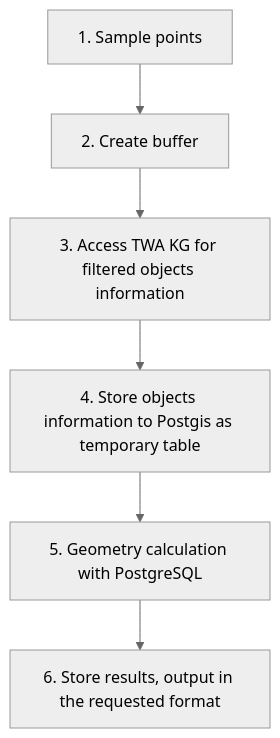
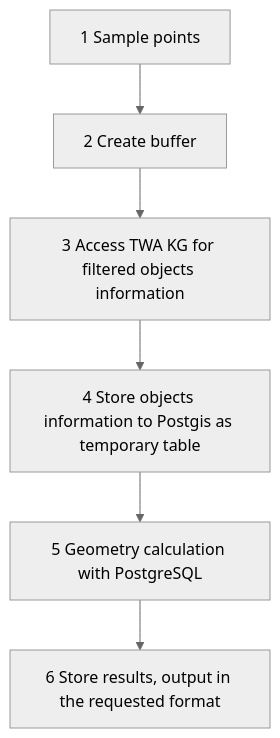
Before and after one commit to cambridge-cares/TheWorldAvatar: the diagram in Agents/EnvironmentExposureCalculationAgent/README.md, drawn with Mermaid (neutral theme). The commit also changed other lines of this file, not shown here.

Commit message:
1854-environment-exposure-calculation: fix readme

````diff
--- a/Agents/EnvironmentExposureCalculationAgent/README.md
+++ b/Agents/EnvironmentExposureCalculationAgent/README.md
@@ -5,8 +5,8 @@
 ```mermaid v2
 graph TD
-    A[1. Sample points] --> B[2. Create buffer]
-    B --> C[3. Access TWA KG for filtered objects information ]
-    C --> D[4. Store objects information to Postgis as temporary table]
-    D --> E[5. Geometry calculation with PostgreSQL]
-    E --> F[6. Store results, output in the requested format]
+    A[1 Sample points] --> B[2 Create buffer]
+    B --> C[3 Access TWA KG for filtered objects information ]
+    C --> D[4 Store objects information to Postgis as temporary table]
+    D --> E[5 Geometry calculation with PostgreSQL]
+    E --> F[6 Store results, output in the requested format]
 ```
````
